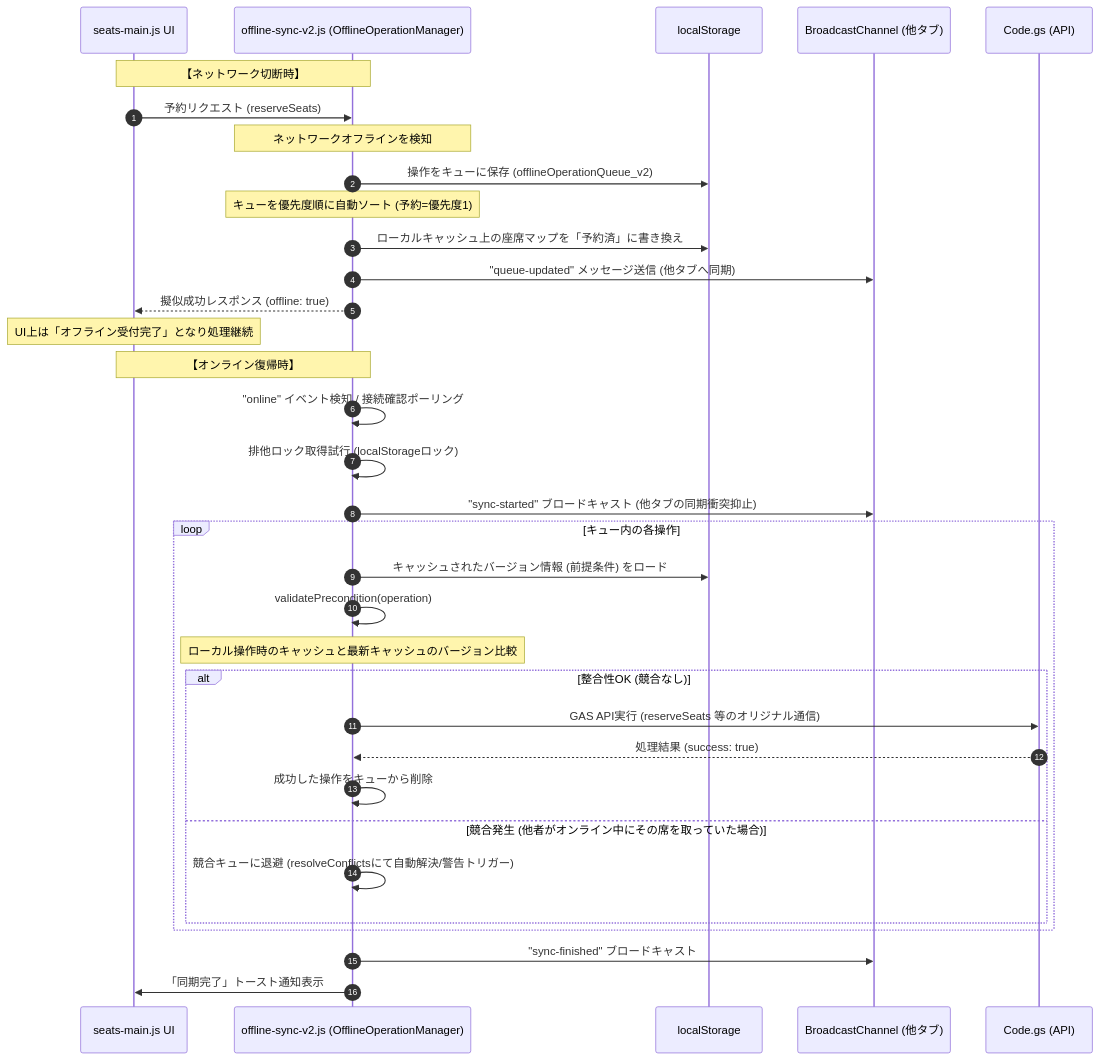
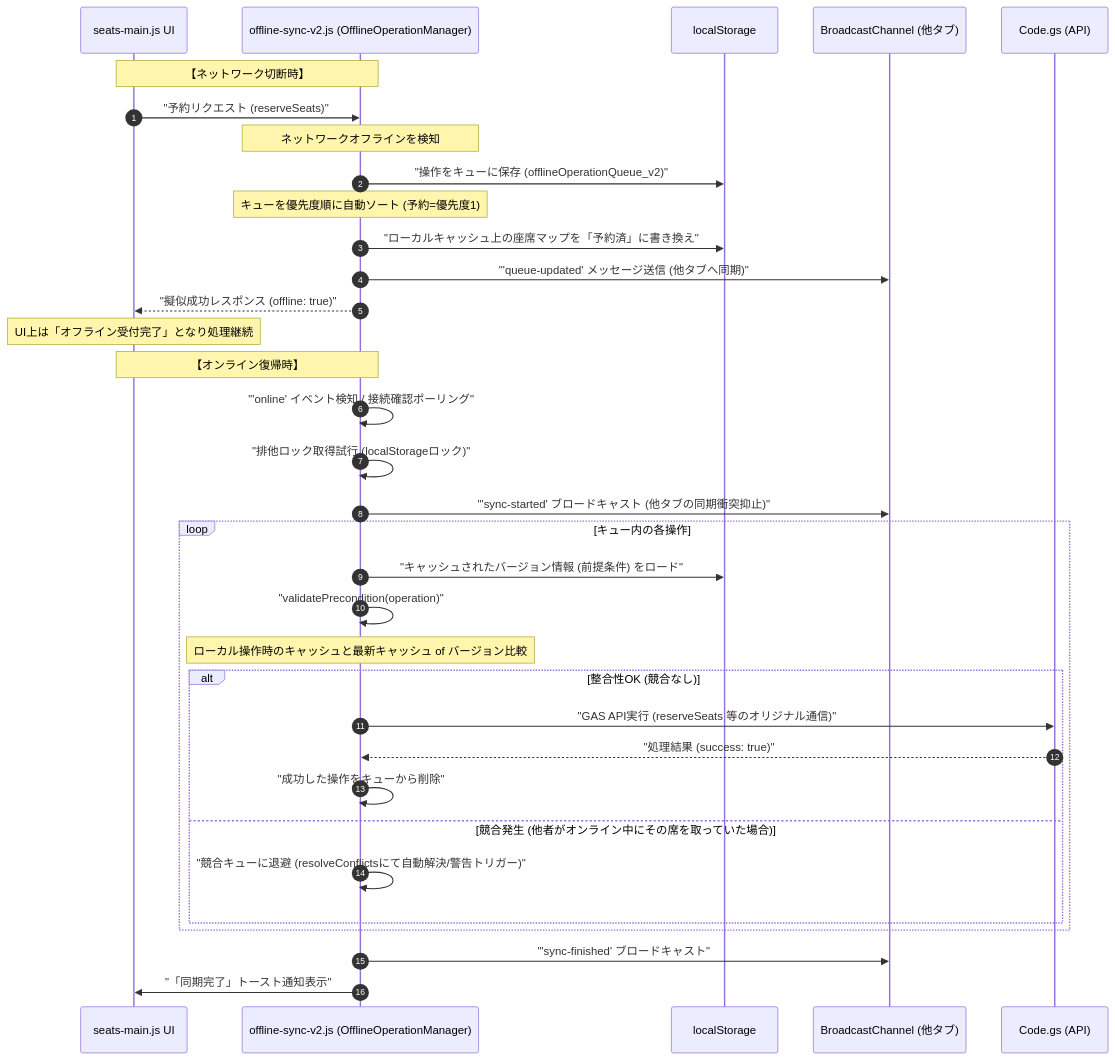
One commit to J105588/tickets changed the fourth of 6 diagrams in README.md. Above: the diagram before and after it, drawn with Mermaid. The commit also changed other lines of this file, not shown here.

````diff
--- a/README.md
+++ b/README.md
@@ -303,41 +303,41 @@
 ```mermaid
 sequenceDiagram
     autonumber
     participant UI as seats-main.js UI
     participant Sync as offline-sync-v2.js (OfflineOperationManager)
     participant Storage as localStorage
     participant BC as BroadcastChannel (他タブ)
     participant GAS as Code.gs (API)
 
     Note over UI, Sync: 【ネットワーク切断時】
-    UI->>Sync: 予約リクエスト (reserveSeats)
+    UI->>Sync: "予約リクエスト (reserveSeats)"
     Note over Sync: ネットワークオフラインを検知
-    Sync->>Storage: 操作をキューに保存 (offlineOperationQueue_v2)
+    Sync->>Storage: "操作をキューに保存 (offlineOperationQueue_v2)"
     Note over Sync: キューを優先度順に自動ソート (予約=優先度1)
-    Sync->>Storage: ローカルキャッシュ上の座席マップを「予約済」に書き換え
-    Sync->>BC: "queue-updated" メッセージ送信 (他タブへ同期)
-    Sync-->>UI: 擬似成功レスポンス (offline: true)
+    Sync->>Storage: "ローカルキャッシュ上の座席マップを「予約済」に書き換え"
+    Sync->>BC: "'queue-updated' メッセージ送信 (他タブへ同期)"
+    Sync-->>UI: "擬似成功レスポンス (offline: true)"
     Note over UI: UI上は「オフライン受付完了」となり処理継続
 
     Note over UI, Sync: 【オンライン復帰時】
-    Sync->>Sync: "online" イベント検知 / 接続確認ポーリング
-    Sync->>Sync: 排他ロック取得試行 (localStorageロック)
-    Sync->>BC: "sync-started" ブロードキャスト (他タブの同期衝突抑止)
+    Sync->>Sync: "'online' イベント検知 / 接続確認ポーリング"
+    Sync->>Sync: "排他ロック取得試行 (localStorageロック)"
+    Sync->>BC: "'sync-started' ブロードキャスト (他タブの同期衝突抑止)"
     
     loop キュー内の各操作
-        Sync->>Storage: キャッシュされたバージョン情報 (前提条件) をロード
-        Sync->>Sync: validatePrecondition(operation)
-        Note over Sync: ローカル操作時のキャッシュと最新キャッシュのバージョン比較
+        Sync->>Storage: "キャッシュされたバージョン情報 (前提条件) をロード"
+        Sync->>Sync: "validatePrecondition(operation)"
+        Note over Sync: ローカル操作時のキャッシュと最新キャッシュ of バージョン比較
         
         alt 整合性OK (競合なし)
-            Sync->>GAS: GAS API実行 (reserveSeats 等のオリジナル通信)
-            GAS-->>Sync: 処理結果 (success: true)
-            Sync->>Sync: 成功した操作をキューから削除
+            Sync->>GAS: "GAS API実行 (reserveSeats 等のオリジナル通信)"
+            GAS-->>Sync: "処理結果 (success: true)"
+            Sync->>Sync: "成功した操作をキューから削除"
         else 競合発生 (他者がオンライン中にその席を取っていた場合)
-            Sync->>Sync: 競合キューに退避 (resolveConflictsにて自動解決/警告トリガー)
+            Sync->>Sync: "競合キューに退避 (resolveConflictsにて自動解決/警告トリガー)"
         end
     end
     
-    Sync->>BC: "sync-finished" ブロードキャスト
-    Sync->>UI: 「同期完了」トースト通知表示
+    Sync->>BC: "'sync-finished' ブロードキャスト"
+    Sync->>UI: "「同期完了」トースト通知表示"
 ```
````
